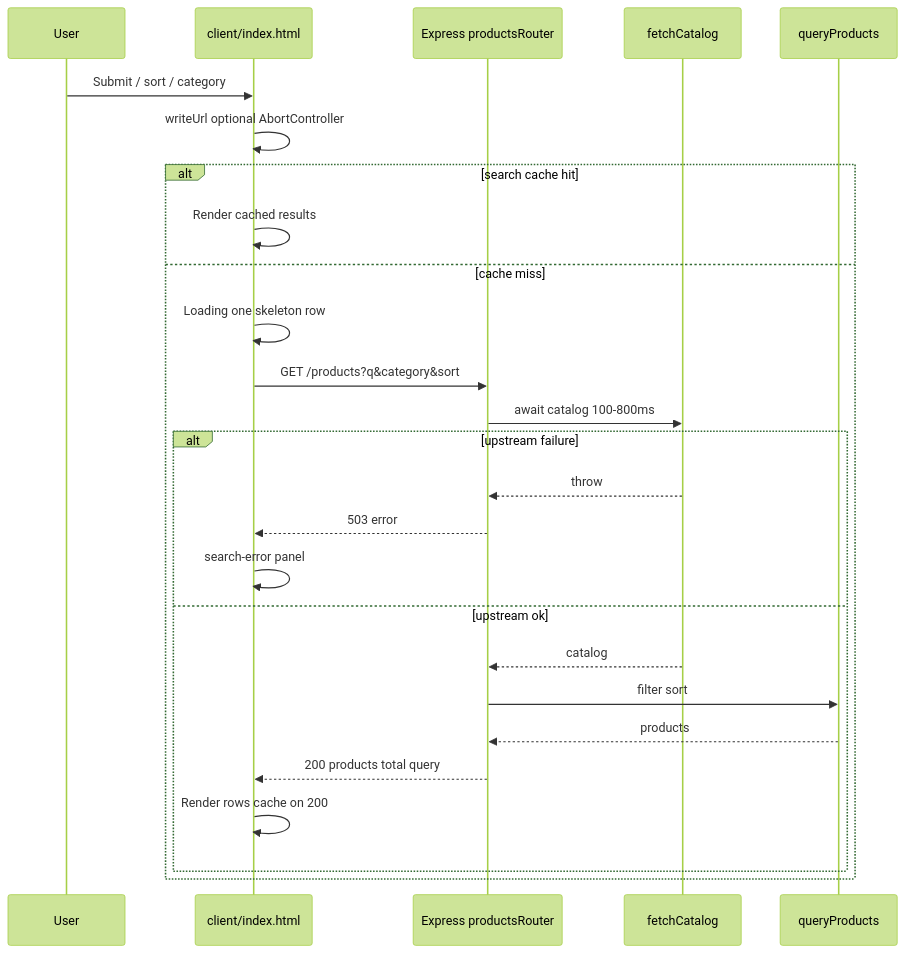
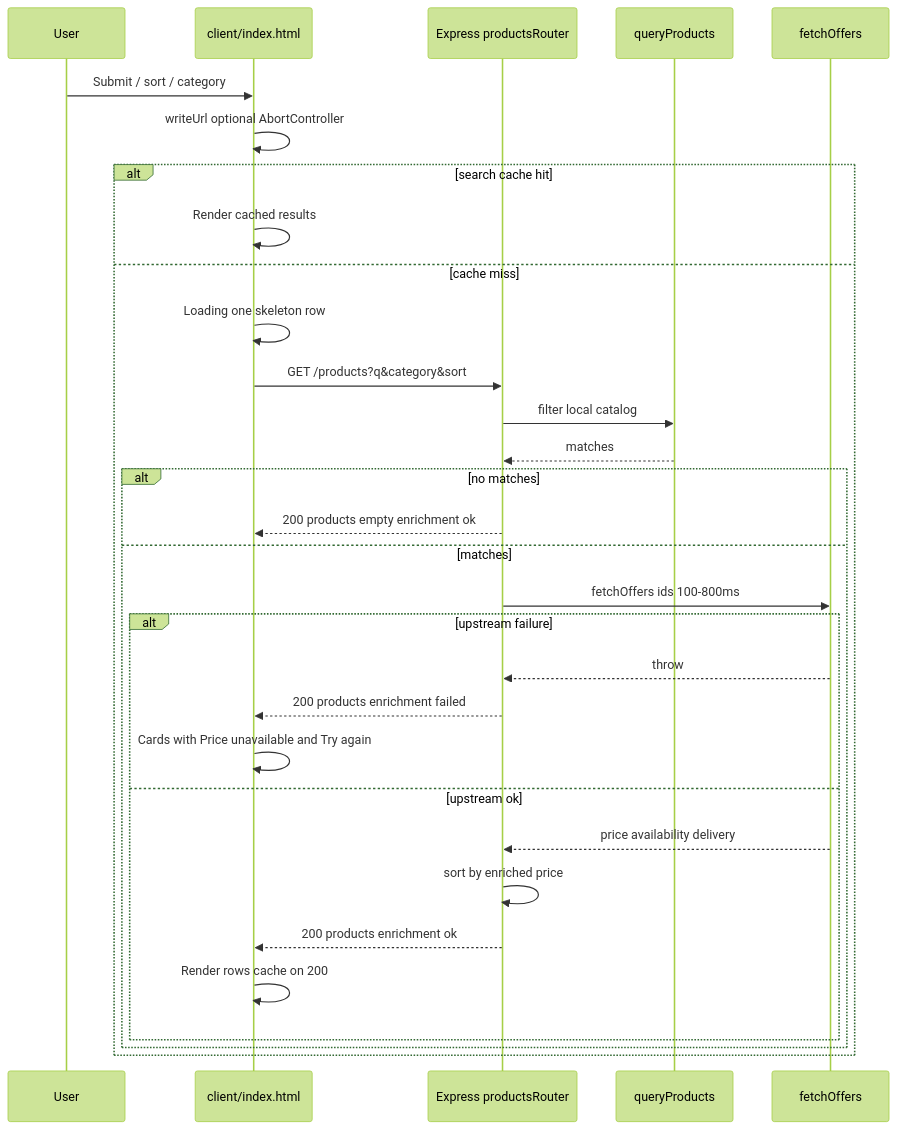
Before and after one commit to Karabo-Seipelo/MrD: the diagram in SOLUTION.md, drawn with Mermaid (forest theme). The commit also changed other lines of this file and 9 other files, not shown here.

Commit message:
feat: Revamp product search functionality to enrich results with upstream offers, handle failures gracefully, and improve UI with category display and retry options

````diff
--- a/SOLUTION.md
+++ b/SOLUTION.md
@@ -9,29 +9,34 @@
 ```mermaid
 sequenceDiagram
   participant User
   participant Page as client/index.html
   participant API as Express productsRouter
-  participant Upstream as fetchCatalog
   participant Search as queryProducts
+  participant Upstream as fetchOffers
 
   User->>Page: Submit / sort / category
   Page->>Page: writeUrl optional AbortController
   alt search cache hit
     Page->>Page: Render cached results
   else cache miss
     Page->>Page: Loading one skeleton row
     Page->>API: GET /products?q&category&sort
-    API->>Upstream: await catalog 100-800ms
-    alt upstream failure
-      Upstream-->>API: throw
-      API-->>Page: 503 error
-      Page->>Page: search-error panel
-    else upstream ok
-      Upstream-->>API: catalog
-      API->>Search: filter sort
-      Search-->>API: products
-      API-->>Page: 200 products total query
-      Page->>Page: Render rows cache on 200
+    API->>Search: filter local catalog
+    Search-->>API: matches
+    alt no matches
+      API-->>Page: 200 products empty enrichment ok
+    else matches
+      API->>Upstream: fetchOffers ids 100-800ms
+      alt upstream failure
+        Upstream-->>API: throw
+        API-->>Page: 200 products enrichment failed
+        Page->>Page: Cards with Price unavailable and Try again
+      else upstream ok
+        Upstream-->>API: price availability delivery
+        API->>API: sort by enriched price
+        API-->>Page: 200 products enrichment ok
+        Page->>Page: Render rows cache on 200
+      end
     end
   end
 ```
````
